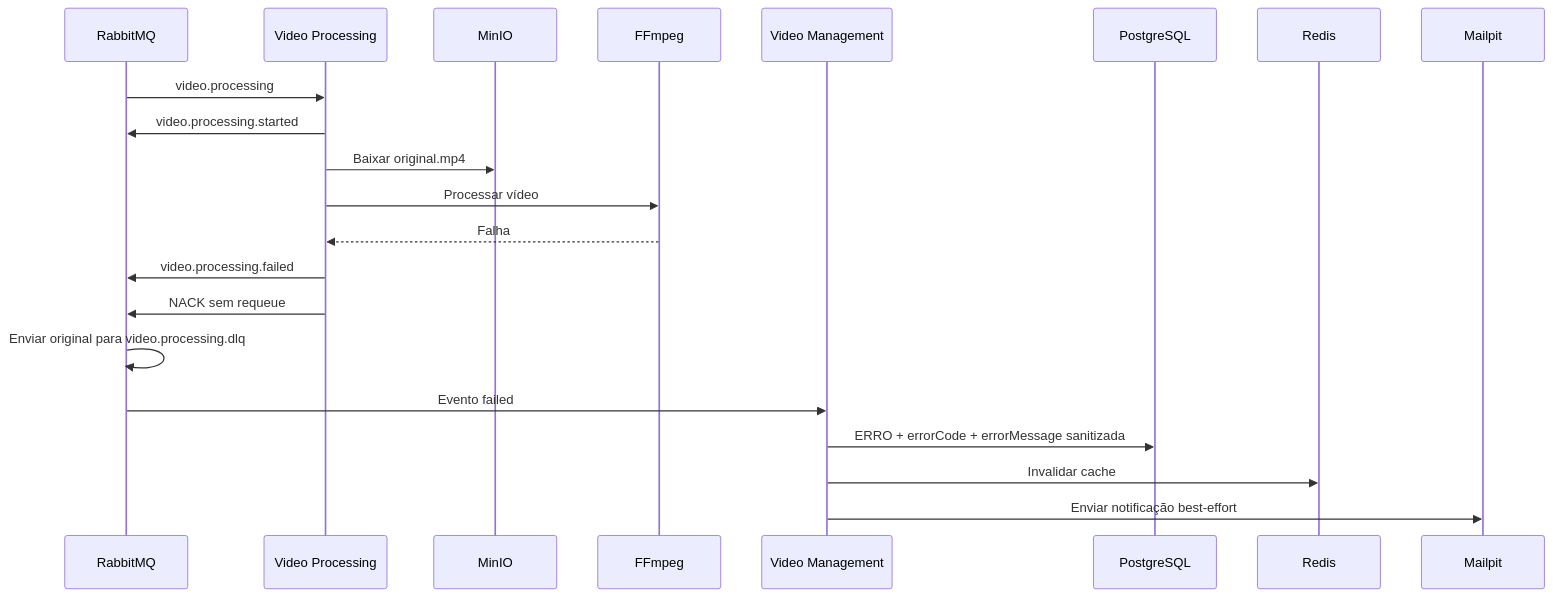
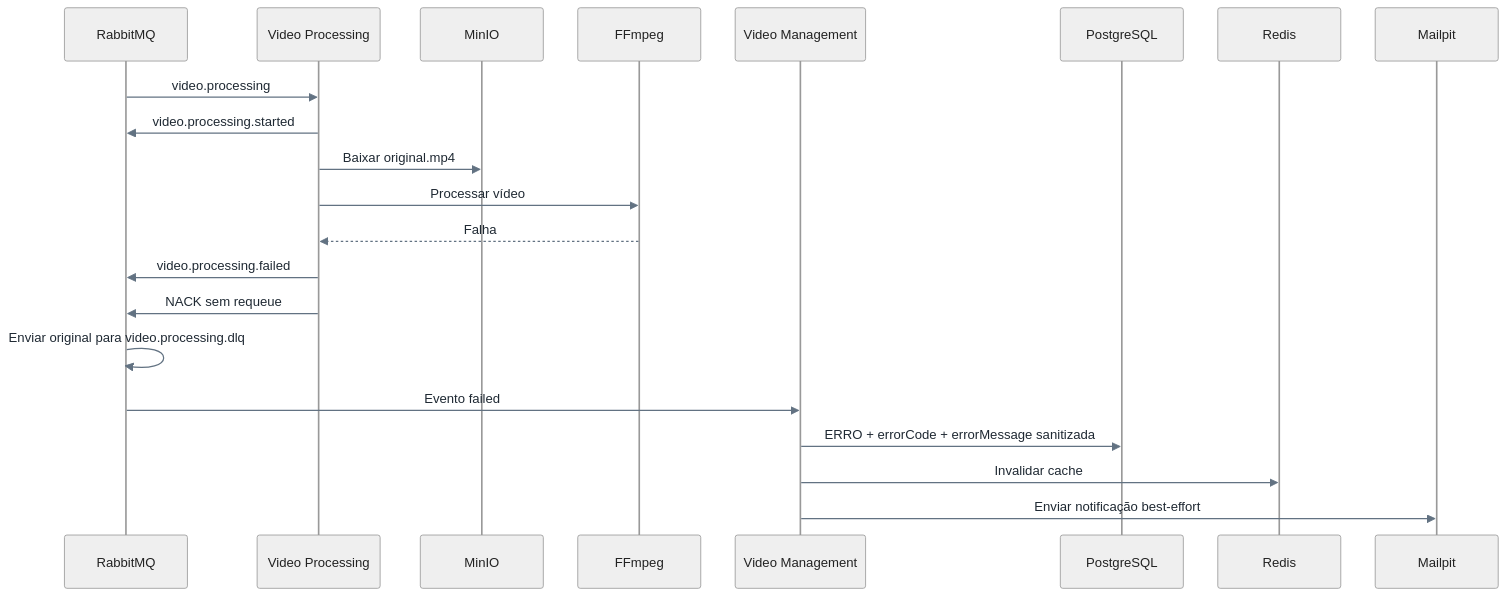
Before and after one commit to fabianorodrigues/fiap-fase5-docs: the diagram in docs/fluxos/erro.md, drawn with Mermaid. The commit also changed 11 other files, not shown here.

````diff
--- a/docs/fluxos/erro.md
+++ b/docs/fluxos/erro.md
@@ -5,24 +5,25 @@
 ```mermaid
+%%{init: {"theme": "base", "themeVariables": {"actorBkg": "#EFEFEF", "actorBorder": "#999999", "actorTextColor": "#222222", "activationBkgColor": "#E8F1F8", "activationBorderColor": "#3F6075", "signalColor": "#627282", "signalTextColor": "#1F2933", "labelBoxBkgColor": "#EEF4F2", "labelBoxBorderColor": "#00897B", "labelTextColor": "#1F2933", "noteBkgColor": "#FFF8E1", "noteBorderColor": "#A06A00", "noteTextColor": "#2F2500"}, "sequence": {"diagramMarginX": 24, "diagramMarginY": 18, "actorMargin": 42, "messageMargin": 34}} }%%
 sequenceDiagram
     participant MQ as RabbitMQ
     participant PROC as Video Processing
     participant MINIO as MinIO
     participant FFMPEG as FFmpeg
     participant API as Video Management
     participant DB as PostgreSQL
     participant REDIS as Redis
     participant MAIL as Mailpit
 
     MQ->>PROC: video.processing
     PROC->>MQ: video.processing.started
     PROC->>MINIO: Baixar original.mp4
     PROC->>FFMPEG: Processar vídeo
     FFMPEG-->>PROC: Falha
     PROC->>MQ: video.processing.failed
     PROC->>MQ: NACK sem requeue
     MQ->>MQ: Enviar original para video.processing.dlq
     MQ->>API: Evento failed
     API->>DB: ERRO + errorCode + errorMessage sanitizada
     API->>REDIS: Invalidar cache
     API->>MAIL: Enviar notificação best-effort
 ```
````
